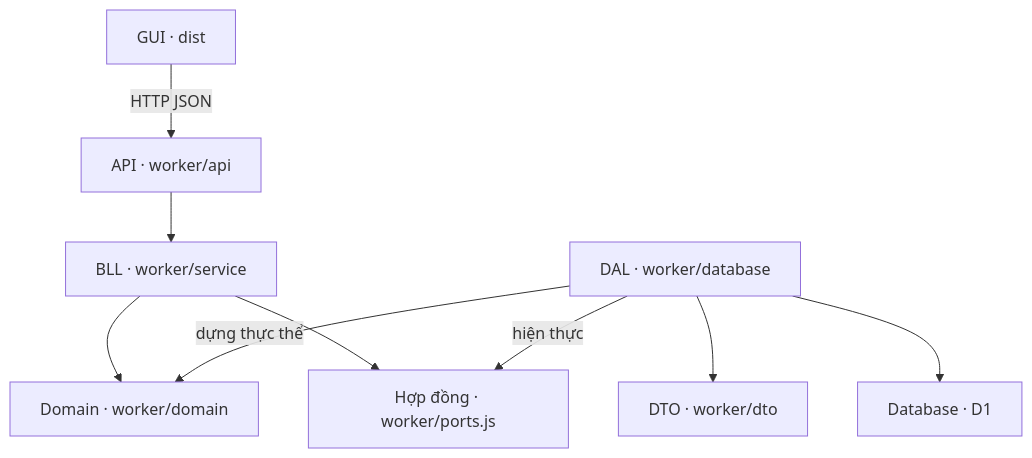
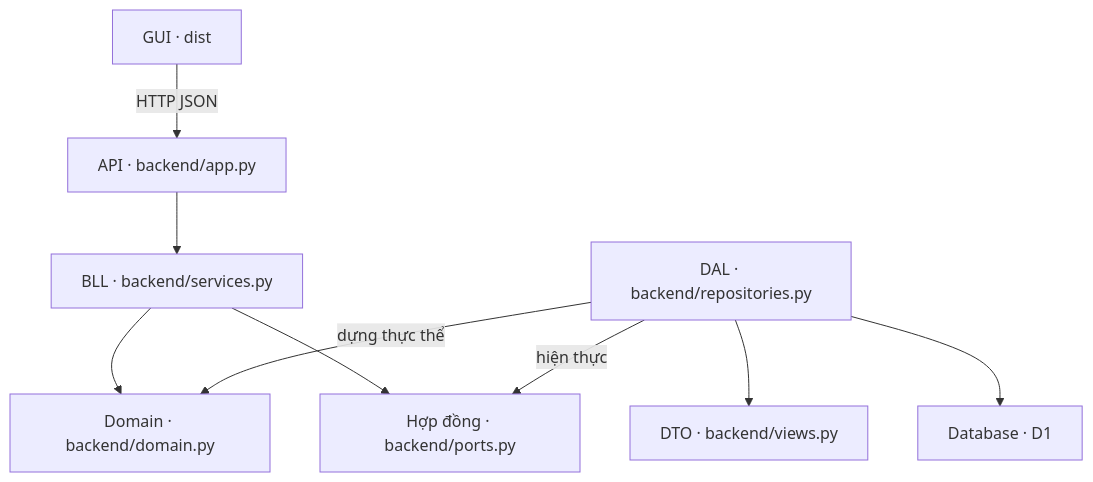
One commit to dqming1876/OOP_TourManager changed the diagram in docs/checklist-4.3.md. Above: the diagram before and after it, drawn with Mermaid. The commit also changed other lines of this file and 88 other files, not shown here.

````diff
--- a/docs/checklist-4.3.md
+++ b/docs/checklist-4.3.md
@@ -3,11 +3,11 @@
 ```mermaid
 flowchart TB
-    gui["GUI · dist"] -->|"HTTP JSON"| api["API · worker/api"]
-    api --> service["BLL · worker/service"]
-    service --> domain["Domain · worker/domain"]
-    service --> ports["Hợp đồng · worker/ports.js"]
-    dal["DAL · worker/database"] -->|"hiện thực"| ports
+    gui["GUI · dist"] -->|"HTTP JSON"| api["API · backend/app.py"]
+    api --> service["BLL · backend/services.py"]
+    service --> domain["Domain · backend/domain.py"]
+    service --> ports["Hợp đồng · backend/ports.py"]
+    dal["DAL · backend/repositories.py"] -->|"hiện thực"| ports
     dal -->|"dựng thực thể"| domain
-    dal --> dto["DTO · worker/dto"]
+    dal --> dto["DTO · backend/views.py"]
     dal --> db["Database · D1"]
 ```
````
